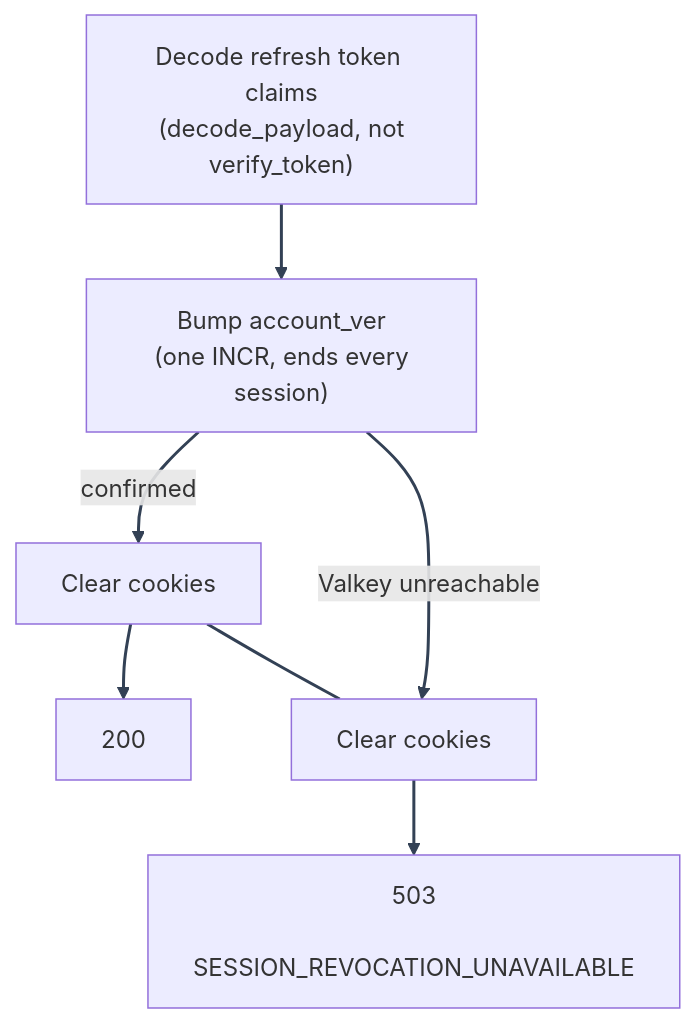
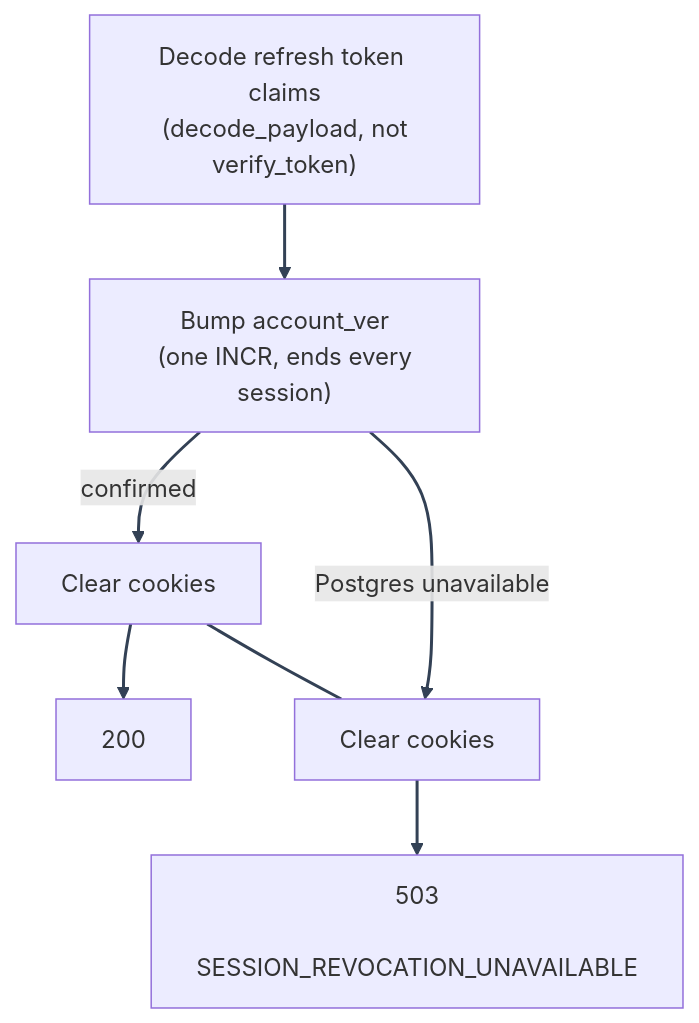
The second of 2 diagrams in docs/mystic_auth/authentication/logout.md (Nachiket-2024/mystic-auth), drawn with Mermaid before and after one commit. The commit also changed other lines of this file and 376 other files, not shown here.

````diff
--- a/docs/mystic_auth/authentication/logout.md
+++ b/docs/mystic_auth/authentication/logout.md
@@ -43,11 +43,11 @@
 ```mermaid
 %%{init: {"themeVariables": {"lineColor": "#334155"}} }%%
 flowchart TD
     A1["Decode refresh token claims\n (decode_payload, not verify_token)"] --> A2["Bump account_ver\n (one INCR, ends every session)"]
     A2 -->|confirmed| A3["Clear cookies"]
     A3 --> A4["200"]
     A3 ~~~ A5
-    A2 -->|Valkey unreachable| A5["Clear cookies"]
+    A2 -->|Postgres unavailable| A5["Clear cookies"]
     A5 --> A6["503\n SESSION_REVOCATION_UNAVAILABLE"]
     linkStyle default stroke:#334155,stroke-width:2px
 ```
````
